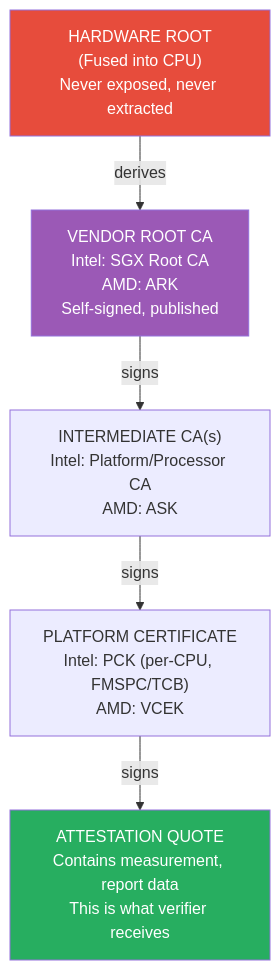
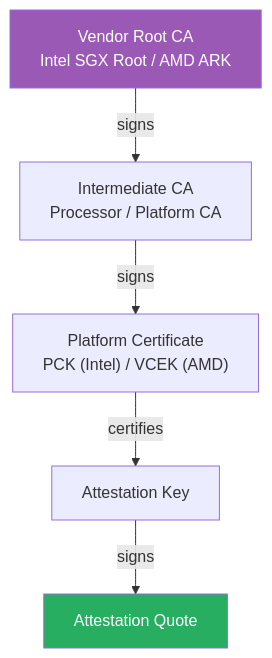
Before and after one commit to V-k-h/roots-of-trust: the sixth of 9 diagrams in posts/02-tee-attestation-model.md, drawn with Mermaid. The commit also changed other lines of this file, not shown here.

First line of the commit message:
Improve TEE attestation model documentation

````diff
--- a/posts/02-tee-attestation-model.md
+++ b/posts/02-tee-attestation-model.md
@@ -249,21 +284,20 @@
 ```mermaid
 flowchart TD
-    HW["HARDWARE ROOT<br>(Fused into CPU)<br>Never exposed, never extracted"]
+    Root["Vendor Root CA<br>Intel SGX Root / AMD ARK"]
     
-    Root["VENDOR ROOT CA<br>Intel: SGX Root CA<br>AMD: ARK<br>Self-signed, published"]
+    Intermediate["Intermediate CA<br>Processor / Platform CA"]
     
-    Intermediate["INTERMEDIATE CA(s)<br>Intel: Platform/Processor CA<br>AMD: ASK"]
+    Platform["Platform Certificate<br>PCK (Intel) / VCEK (AMD)"]
     
-    Platform["PLATFORM CERTIFICATE<br>Intel: PCK (per-CPU, FMSPC/TCB)<br>AMD: VCEK"]
+    AK["Attestation Key"]
     
-    Quote["ATTESTATION QUOTE<br>Contains measurement, report data<br>This is what verifier receives"]
+    Quote["Attestation Quote"]
     
-    HW -->|derives| Root
     Root -->|signs| Intermediate
     Intermediate -->|signs| Platform
-    Platform -->|signs| Quote
+    Platform -->|certifies| AK
+    AK -->|signs| Quote
     
-    style HW fill:#e74c3c,color:#fff
     style Root fill:#9b59b6,color:#fff
     style Quote fill:#27ae60,color:#fff
 ```
````
